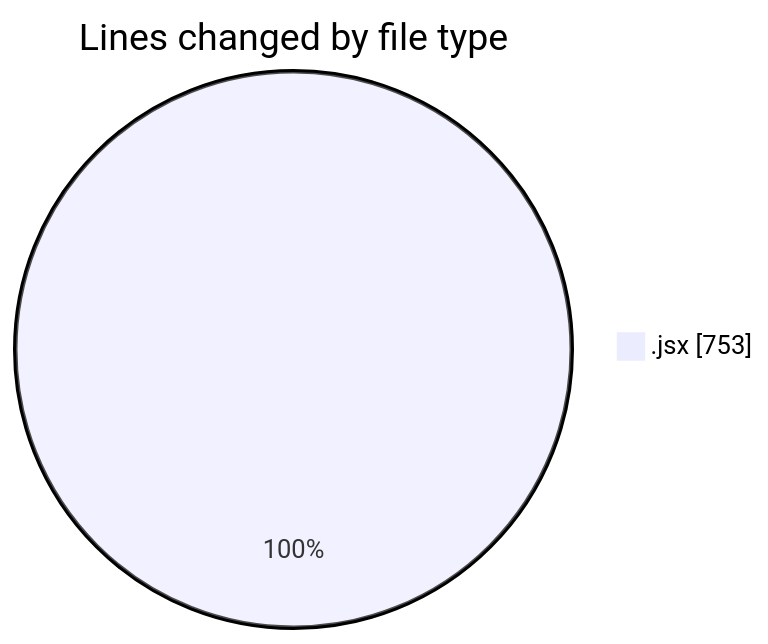
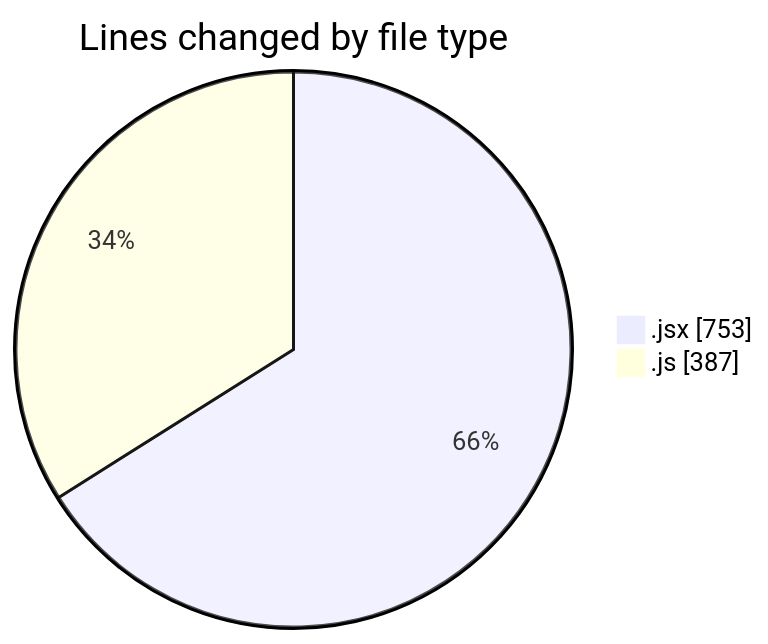
Before and after one commit to nxtqubesakshisongat/code-tracking: the first of 2 diagrams in 2025-05-09/argos-dev/README.md, drawn with Mermaid. The commit also changed other lines of this file and 1 other file, not shown here.

````diff
--- a/2025-05-09/argos-dev/README.md
+++ b/2025-05-09/argos-dev/README.md
@@ -21,5 +23,6 @@
 ```mermaid
 pie showData
 title Lines changed by file type
 ".jsx" : 753
+".js" : 387
 ```
````
